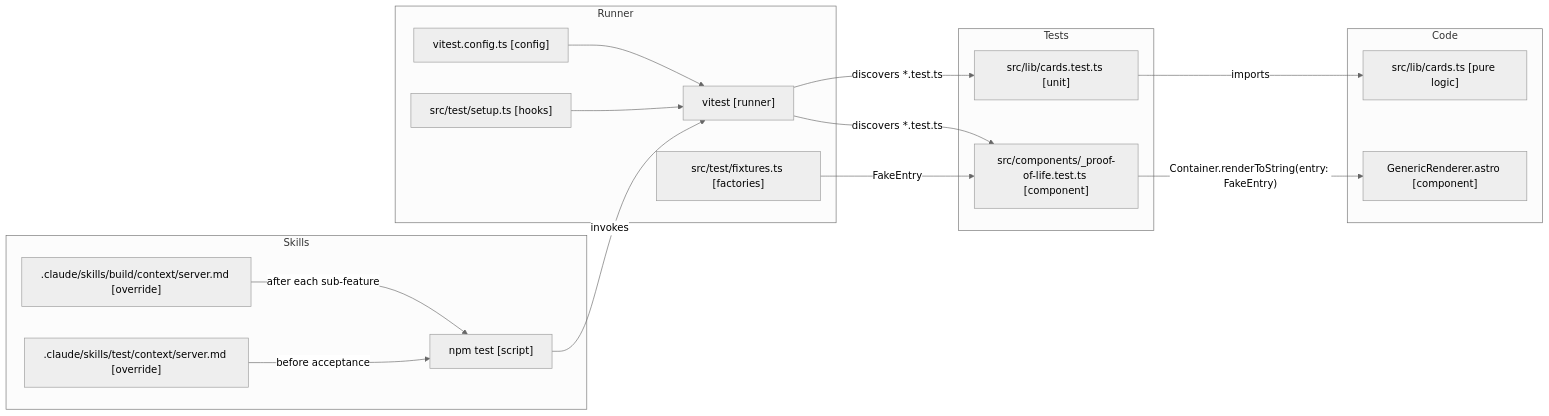
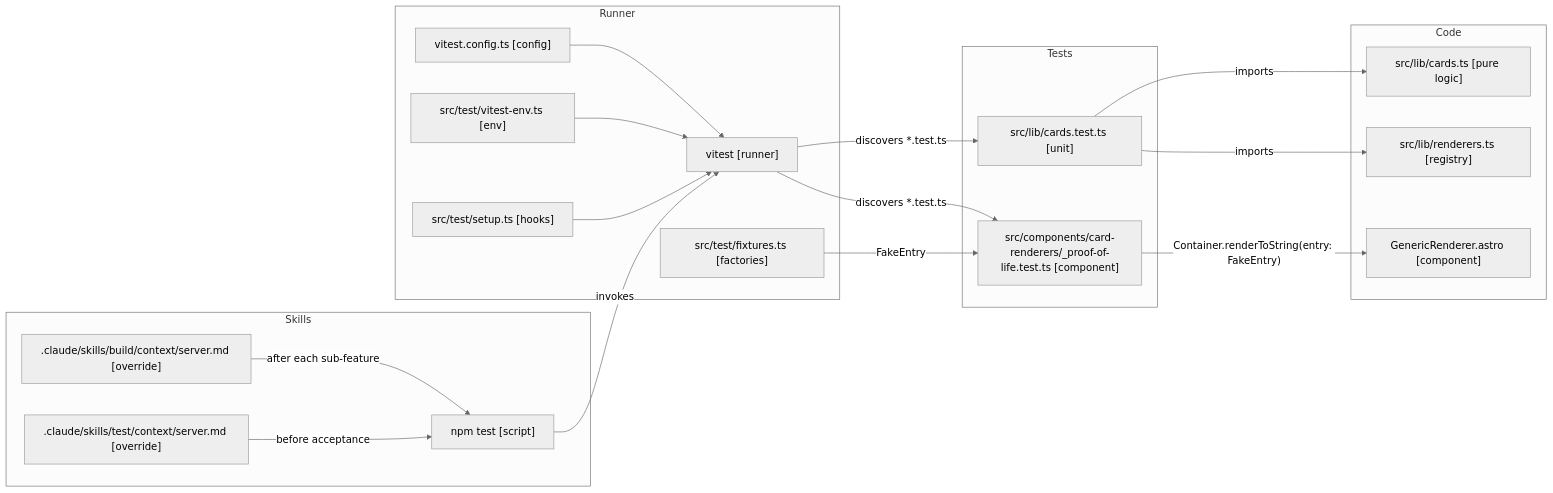
The diagram in dev/plans/add-testing-support.md (pdyxs/pdyxs.github.io), drawn with Mermaid (neutral theme) before and after one commit. The commit also changed other lines of this file, not shown here.

First line of the commit message:
plan: add-testing-support — review complete, architecture finalised

````diff
--- a/dev/plans/add-testing-support.md
+++ b/dev/plans/add-testing-support.md
@@ -33,33 +35,37 @@
 ```mermaid
 flowchart LR
   subgraph Runner
     Vitest["vitest [runner]"]
     Config["vitest.config.ts [config]"]
+    Env["src/test/vitest-env.ts [env]"]
     Setup["src/test/setup.ts [hooks]"]
     Fixtures["src/test/fixtures.ts [factories]"]
     Config --> Vitest
+    Env --> Vitest
     Setup --> Vitest
   end
   subgraph Tests
     UnitTest["src/lib/cards.test.ts [unit]"]
-    ComponentTest["src/components/_proof-of-life.test.ts [component]"]
+    ComponentTest["src/components/card-renderers/_proof-of-life.test.ts [component]"]
   end
   subgraph Code
     Cards["src/lib/cards.ts [pure logic]"]
+    Renderers["src/lib/renderers.ts [registry]"]
     Renderer["GenericRenderer.astro [component]"]
   end
   subgraph Skills
     BuildCtx[".claude/skills/build/context/server.md [override]"]
     TestCtx[".claude/skills/test/context/server.md [override]"]
     NpmTest["npm test [script]"]
     BuildCtx -->|"after each sub-feature"| NpmTest
     TestCtx -->|"before acceptance"| NpmTest
   end
 
   Vitest -->|"discovers *.test.ts"| UnitTest
   Vitest -->|"discovers *.test.ts"| ComponentTest
   UnitTest -->|"imports"| Cards
+  UnitTest -->|"imports"| Renderers
   ComponentTest -->|"Container.renderToString(entry: FakeEntry)"| Renderer
   Fixtures -->|"FakeEntry"| ComponentTest
   NpmTest -->|"invokes"| Vitest
 ```
````
